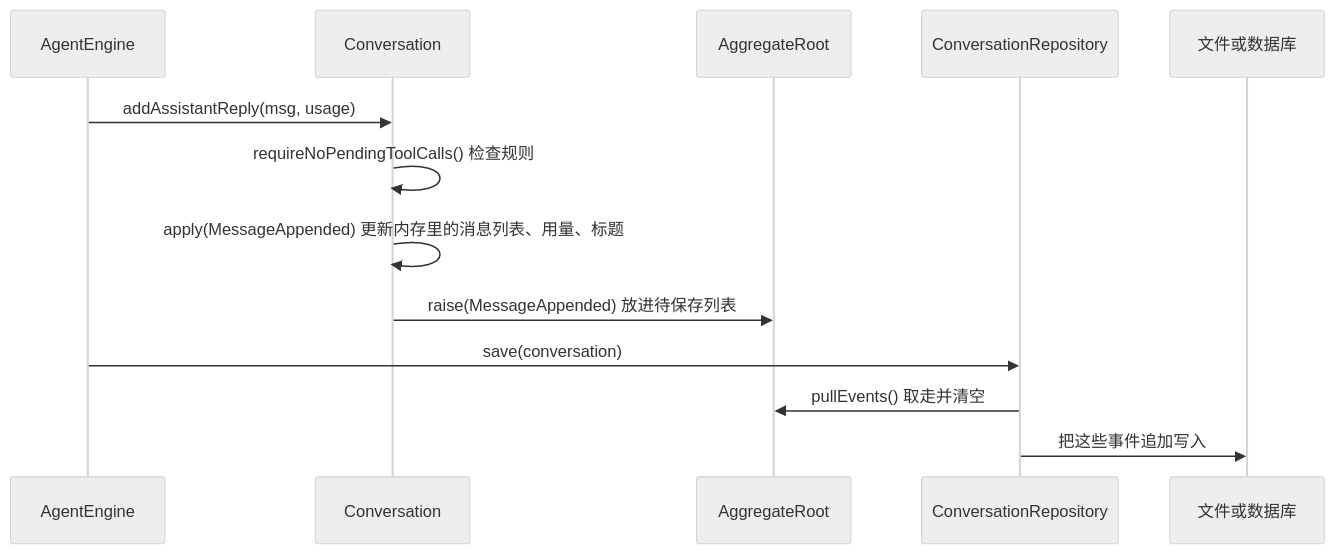
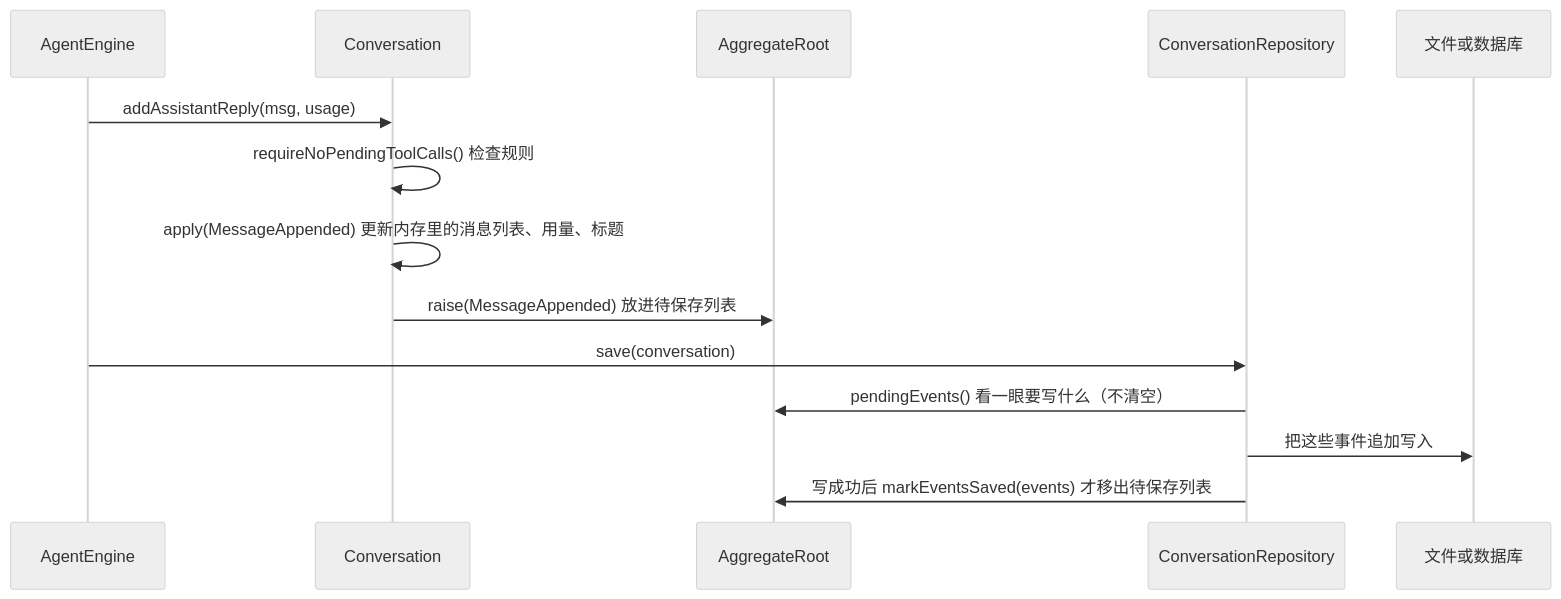
Before and after one commit to stackJx/agent-java: the third of 4 diagrams in docs/03-conversation.md, drawn with Mermaid (neutral theme). The commit also changed other lines of this file and 116 other files, not shown here.

````diff
--- a/docs/03-conversation.md
+++ b/docs/03-conversation.md
@@ -137,16 +138,17 @@
 ```mermaid
 sequenceDiagram
     participant Caller as AgentEngine
     participant Conv as Conversation
     participant Root as AggregateRoot
     participant Repo as ConversationRepository
     participant Store as 文件或数据库
 
     Caller->>Conv: addAssistantReply(msg, usage)
     Conv->>Conv: requireNoPendingToolCalls() 检查规则
     Conv->>Conv: apply(MessageAppended) 更新内存里的消息列表、用量、标题
     Conv->>Root: raise(MessageAppended) 放进待保存列表
     Caller->>Repo: save(conversation)
-    Repo->>Root: pullEvents() 取走并清空
+    Repo->>Root: pendingEvents() 看一眼要写什么（不清空）
     Repo->>Store: 把这些事件追加写入
+    Repo->>Root: 写成功后 markEventsSaved(events) 才移出待保存列表
 ```
````
